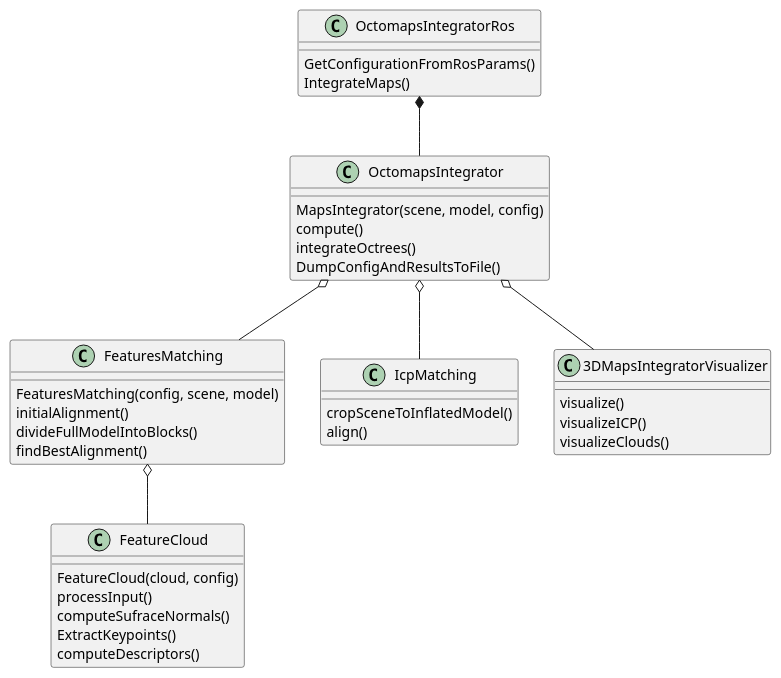
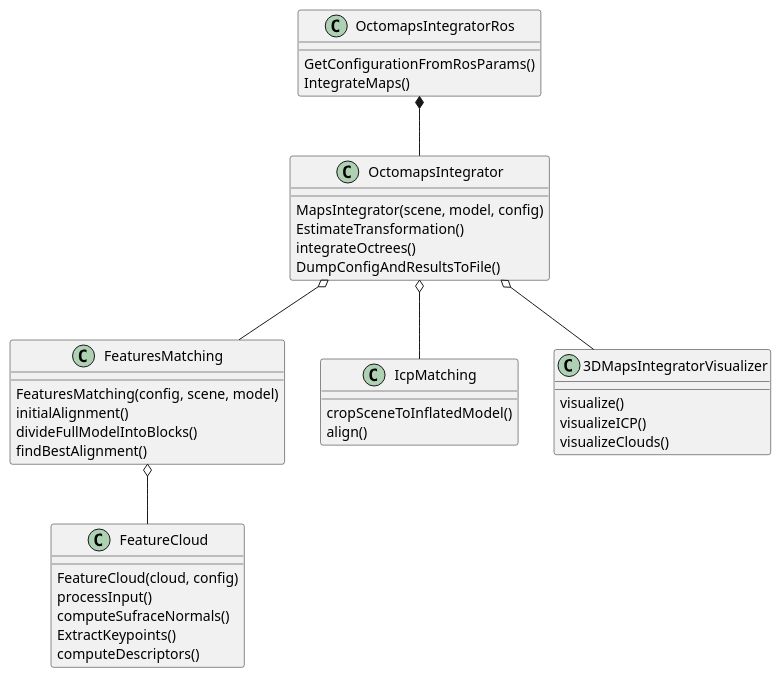
Before and after one commit to mdrwiega/3d_map_server: the diagram in diagrams/class_diagram.puml, drawn with PlantUML. The commit also changed 10 other files, not shown here.

```diff
--- a/diagrams/class_diagram.puml
+++ b/diagrams/class_diagram.puml
@@ -1,47 +1,47 @@
 @startuml
 
 class FeatureCloud {
   FeatureCloud(cloud, config)
   processInput()
   computeSufraceNormals()
   ExtractKeypoints()
   computeDescriptors()
 }
 
 class FeaturesMatching {
   FeaturesMatching(config, scene, model)
   initialAlignment()
   divideFullModelIntoBlocks()
   findBestAlignment()
 }
 
 class IcpMatching {
   cropSceneToInflatedModel()
   align()
 }
 
 class OctomapsIntegrator {
   MapsIntegrator(scene, model, config)
-  compute()
+  EstimateTransformation()
   integrateOctrees()
   DumpConfigAndResultsToFile()
 }
 
 class 3DMapsIntegratorVisualizer {
 	visualize()
 	visualizeICP()
 	visualizeClouds()
 }
 
 class OctomapsIntegratorRos {
 GetConfigurationFromRosParams()
 IntegrateMaps()
 }
 
 FeaturesMatching o-- FeatureCloud
 OctomapsIntegrator o-- FeaturesMatching
 OctomapsIntegrator o-- IcpMatching
 OctomapsIntegrator o-- 3DMapsIntegratorVisualizer
 OctomapsIntegratorRos *-- OctomapsIntegrator
 
 @enduml
```
